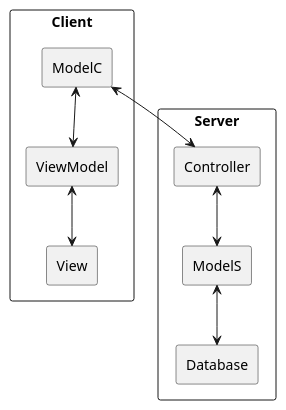
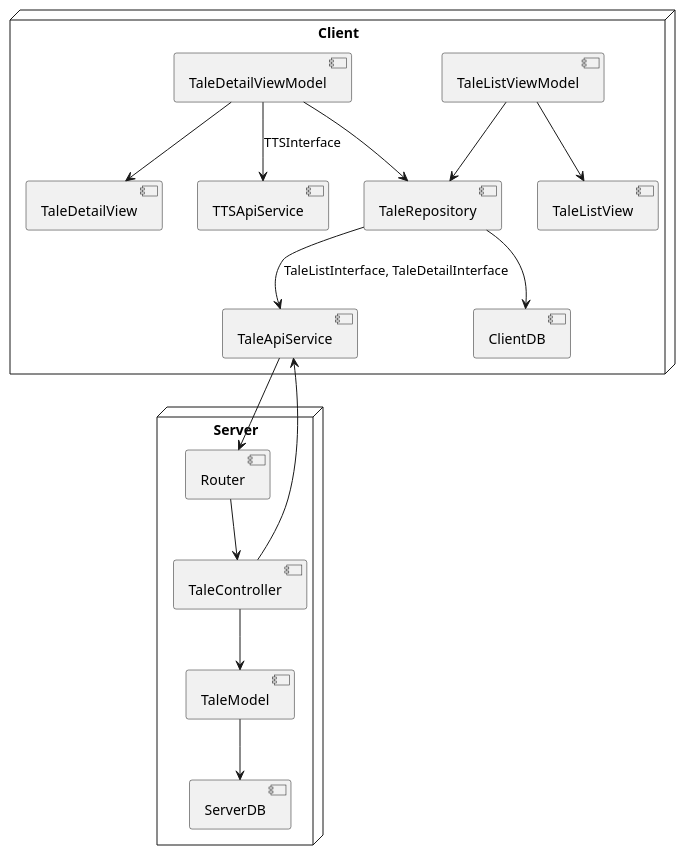
One commit to judy-juyeon-park/KTP522 changed the diagram in LV2_component.wsd. Above: the diagram before and after it, drawn with PlantUML. The commit also changed other lines of this file and 4 other files, not shown here.

```diff
--- a/LV2_component.wsd
+++ b/LV2_component.wsd
@@ -1,24 +1,48 @@
 @startuml lv2_component
 
-skinparam componentStyle rectangle
-component Client{
-    component ModelC
-    component View
-    component ViewModel
+node Client{
+    
+    component TaleRepository
+    component TaleApiService
+    component TTSApiService
 
-    ModelC <--> ViewModel
-    ViewModel <--> View
+    component TaleListViewModel
+    component TaleDetailViewModel
+
+
+    component TaleListView
+    component TaleDetailView
+
+    component ClientDB
 }
 
-component Server{
-    component Controller
-    component ModelS
-    component Database
 
-    Controller <--> ModelS
-    ModelS <--> Database 
+
+node Server {
+    component Router
+    component TaleController
+    component TaleModel
+    component ServerDB
 }
 
-ModelC <--> Controller
+
+Router --> TaleController
+TaleController --> TaleModel
+TaleModel --> ServerDB
+
+TaleRepository --> ClientDB
+TaleRepository --> TaleApiService : TaleListInterface, TaleDetailInterface
+TaleDetailViewModel --> TTSApiService : TTSInterface
+
+TaleListViewModel --> TaleRepository
+TaleDetailViewModel --> TaleRepository
+
+TaleListViewModel --> TaleListView
+TaleDetailViewModel --> TaleDetailView
+
+TaleApiService --> Router
+TaleController --> TaleApiService
+
+
 
 @enduml
```
